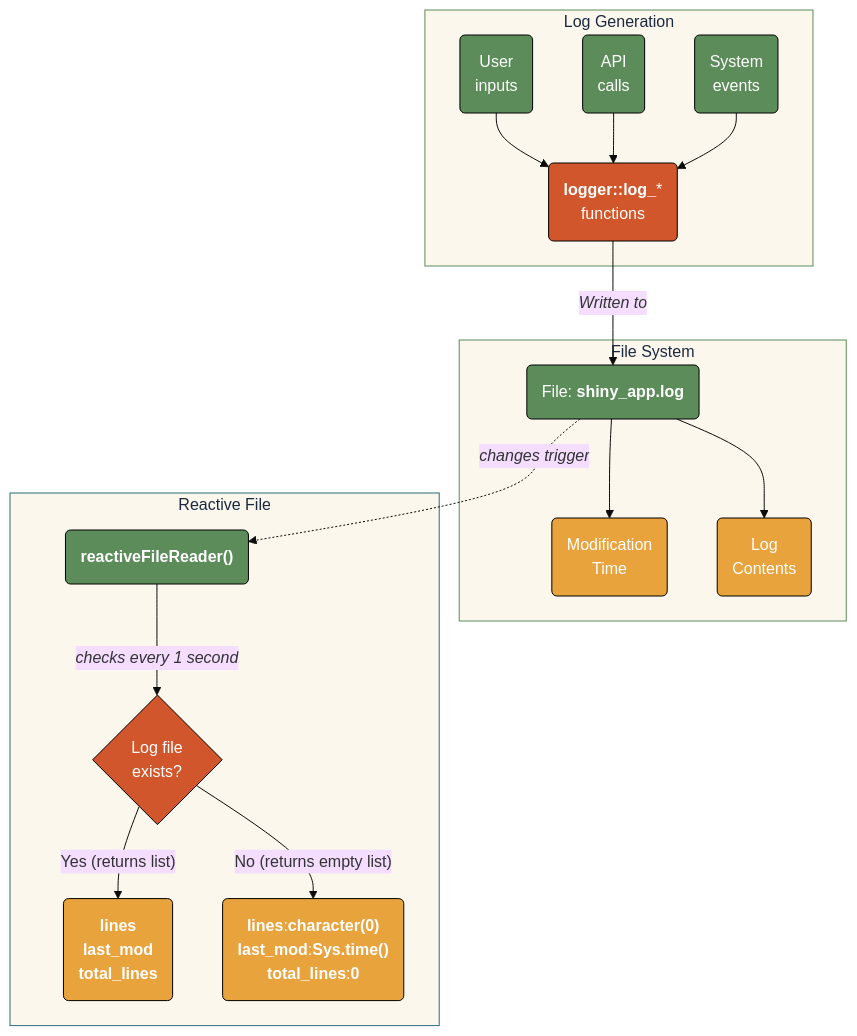
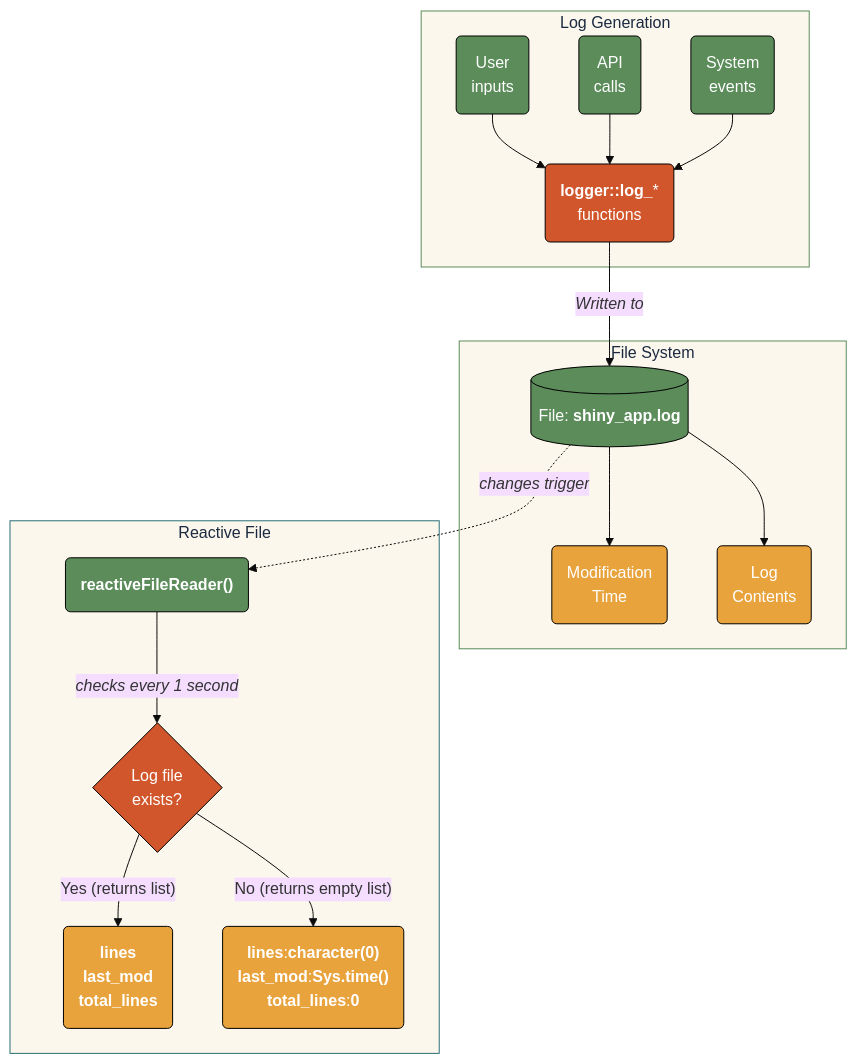
Before and after one commit to mjfrigaard/do4ds-labs: the second of 3 diagrams in app-log-r.qmd, drawn with Mermaid. The commit also changed 28 other files, not shown here.

Commit message:
updates to mermaids

````diff
--- a/app-log-r.qmd
+++ b/app-log-r.qmd
@@ -555,53 +555,53 @@
 ```{mermaid}
 %%| fig-cap: 'Logging in Server'
 %%| fig-align: 'center'
 %%| fig-width: 7.0
 %%{init: {'theme': 'base', 'themeVariables': {'fontFamily': 'monospace'}}}%%
 
 flowchart TD
 	 subgraph User["Log Generation"]
 		Q("User<br>inputs")
 		R("API<br>calls")
 		S("System<br>events")
 		T("<strong>logger::log_</strong>*<br>functions")
 	  end
 
     Q --> T
     R --> T
     S --> T
     T -- "<em>Written to</em>"--> A
 
 	 subgraph FileSys["File System"]
-		A("File: <strong>shiny_app.log</strong>")
+		A[("File: <strong>shiny_app.log</strong>")]
 		A1("Modification<br>Time")
 		A2("Log<br>Contents")
 	 end
   
     A --> A1 & A2
     A -."<em>changes trigger</em>".-> B
 
 	subgraph ReactFile["Reactive File"]
 		B("<strong>reactiveFileReader() </strong>")
 		C{"Log file<br>exists?"}
 		D("<strong>lines<br>last_mod<br>total_lines</strong>")
 		E("<strong>lines</strong>:<strong>character(0)</strong><br><strong>last_mod</strong>:<strong>Sys.time()</strong><br><strong>total_lines</strong>:<strong>0</strong>")
 	end
     
     B --"<em>checks every 1 second</em>"--> C
     C -- Yes (returns list)--> D
     C -- No (returns empty list)--> E
 
     
     
     classDef log fill:#5B8C5A,stroke:#000000,stroke-width:1px,color:#ffffff
     class A,B,Q,R,S log
 
     classDef outcome fill:#E8A33D,stroke:#000000,stroke-width:1px,color:#ffffff
     class D,E,A1,A2 outcome
     style T fill:#D2562B,stroke:#000000,stroke-width:1px,color:#ffffff
     style C fill:#D2562B,stroke:#000000,stroke-width:1px,color:#ffffff
     style User fill:#fbf7ec,stroke:#5B8C5A,color:#1B2A41
     style FileSys fill:#fbf7ec,stroke:#5B8C5A,color:#1B2A41
     style ReactFile fill:#fbf7ec,stroke:#2A6F77,color:#1B2A41
     
 ```
````
